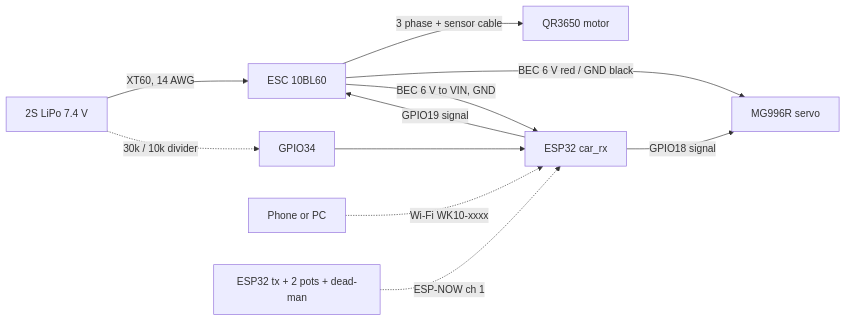
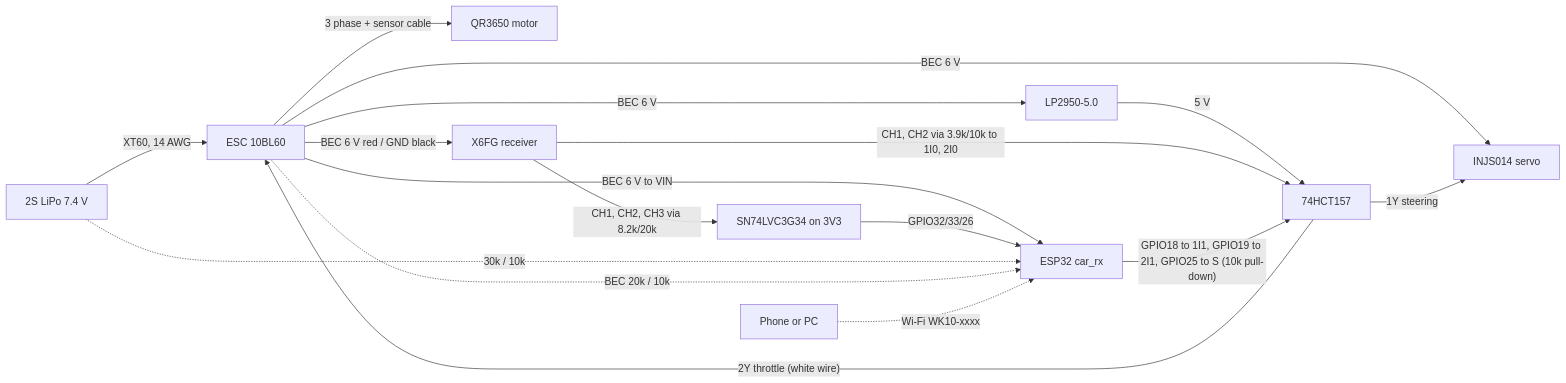
Before and after one commit to BrettKnox/wk10-rc-car: the diagram in README.md, drawn with Mermaid. The commit also changed other lines of this file and 28 other files, not shown here.

````diff
--- a/README.md
+++ b/README.md
@@ -145,13 +147,18 @@
 ```mermaid
 flowchart LR
   B[2S LiPo 7.4 V] -- XT60, 14 AWG --> E[ESC 10BL60]
   E -- 3 phase + sensor cable --> M[QR3650 motor]
-  E -- "BEC 6 V red / GND black" --> S[MG996R servo]
-  E -- "BEC 6 V to VIN, GND" --> R[ESP32 car_rx]
-  R -- "GPIO18 signal" --> S
-  R -- "GPIO19 signal" --> E
-  B -. "30k / 10k divider" .-> V[GPIO34]
-  V --> R
+  E -- "BEC 6 V red / GND black" --> RX[X6FG receiver]
+  E -- "BEC 6 V" --> S[INJS014 servo]
+  E -- "BEC 6 V to VIN" --> R[ESP32 car_rx]
+  E -- "BEC 6 V" --> L[LP2950-5.0] -- 5 V --> X[74HCT157]
+  RX -- "CH1, CH2 via 3.9k/10k to 1I0, 2I0" --> X
+  RX -- "CH1, CH2, CH3 via 8.2k/20k" --> U[SN74LVC3G34 on 3V3]
+  U -- "GPIO32/33/26" --> R
+  R -- "GPIO18 to 1I1, GPIO19 to 2I1, GPIO25 to S (10k pull-down)" --> X
+  X -- "1Y steering" --> S
+  X -- "2Y throttle (white wire)" --> E
+  B -. "30k / 10k" .-> R
+  E -. "BEC 20k / 10k" .-> R
   P[Phone or PC] -. "Wi-Fi WK10-xxxx" .-> R
-  T[ESP32 tx + 2 pots + dead-man] -. ESP-NOW ch 1 .-> R
 ```
````
